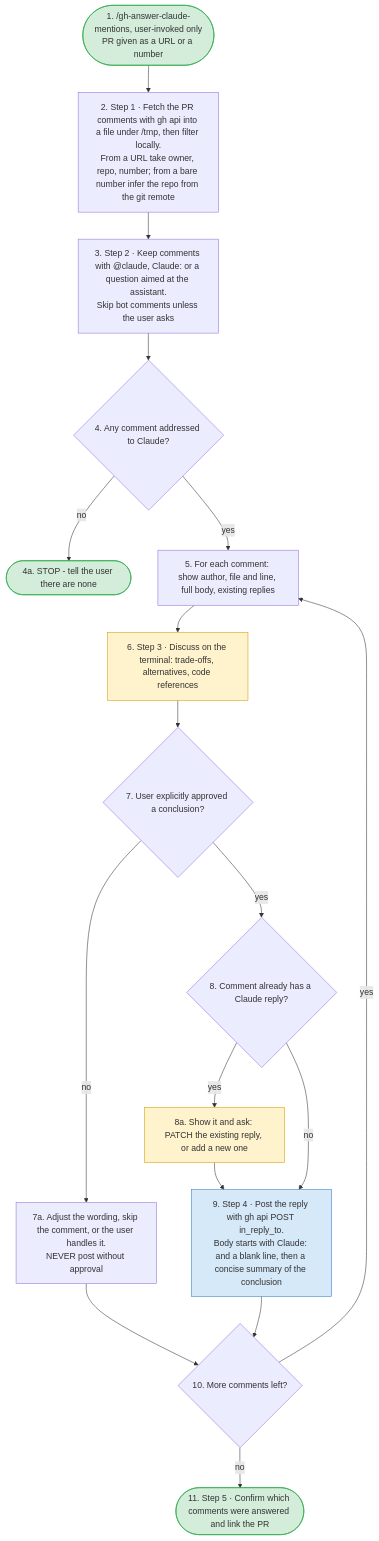
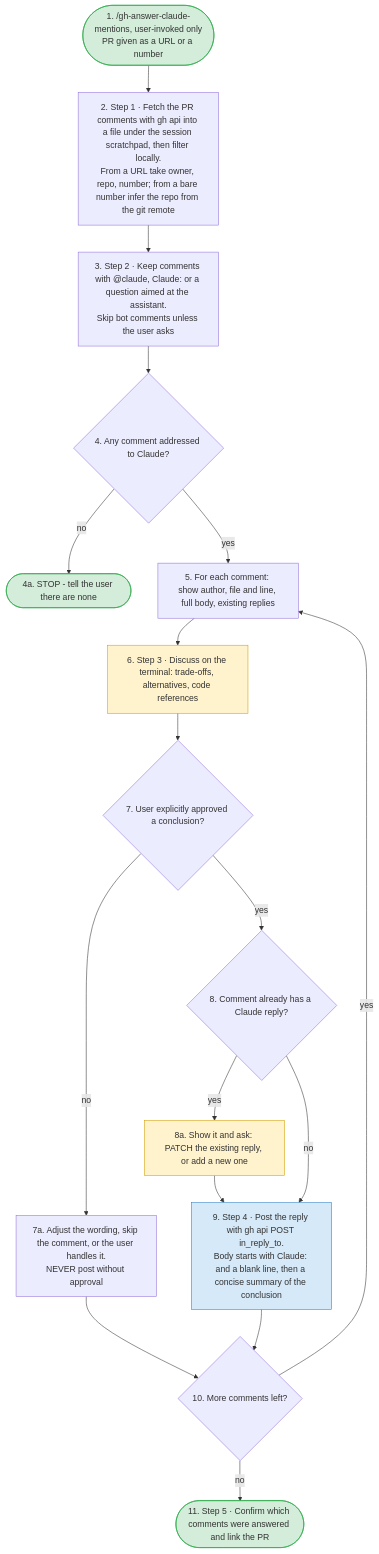
Before and after one commit to brunogsa/unix-utils: the diagram in configs/ai-docs/claude/skills/gh-answer-claude-mentions/assets/flowchart.md, drawn with Mermaid. The commit also changed 5 other files, not shown here.

````diff
--- a/configs/ai-docs/claude/skills/gh-answer-claude-mentions/assets/flowchart.md
+++ b/configs/ai-docs/claude/skills/gh-answer-claude-mentions/assets/flowchart.md
@@ -5,33 +5,33 @@
 ```mermaid
 flowchart TD
   n1(["1. /gh-answer-claude-mentions, user-invoked only<br/>PR given as a URL or a number"]):::start
-  n2["2. Step 1 · Fetch the PR comments with gh api into a file under /tmp, then filter locally.<br/>From a URL take owner, repo, number; from a bare number infer the repo from the git remote"]
+  n2["2. Step 1 · Fetch the PR comments with gh api into a file under the session scratchpad, then filter locally.<br/>From a URL take owner, repo, number; from a bare number infer the repo from the git remote"]
   n3["3. Step 2 · Keep comments with @claude, Claude: or a question aimed at the assistant.<br/>Skip bot comments unless the user asks"]
   n4{"4. Any comment addressed to Claude?"}
   n4a(["4a. STOP - tell the user there are none"]):::done
   n5["5. For each comment: show author, file and line, full body, existing replies"]
   n6["6. Step 3 · Discuss on the terminal: trade-offs, alternatives, code references"]:::gate
   n7{"7. User explicitly approved a conclusion?"}
   n7a["7a. Adjust the wording, skip the comment, or the user handles it.<br/>NEVER post without approval"]
   n8{"8. Comment already has a Claude reply?"}
   n8a["8a. Show it and ask: PATCH the existing reply, or add a new one"]:::gate
   n9["9. Step 4 · Post the reply with gh api POST in_reply_to.<br/>Body starts with Claude: and a blank line, then a concise summary of the conclusion"]:::dispatch
   n10{"10. More comments left?"}
   n11(["11. Step 5 · Confirm which comments were answered and link the PR"]):::done
 
   n1 --> n2 --> n3 --> n4
   n4 -->|"no"| n4a
   n4 -->|"yes"| n5 --> n6 --> n7
   n7 -->|"no"| n7a --> n10
   n7 -->|"yes"| n8
   n8 -->|"yes"| n8a --> n9
   n8 -->|"no"| n9
   n9 --> n10
   n10 -->|"yes"| n5
   n10 -->|"no"| n11
 
   classDef start fill:#d4edda,stroke:#28a745
   classDef gate fill:#fff3cd,stroke:#d39e00
   classDef dispatch fill:#d6e9f8,stroke:#2f7fc1
   classDef done fill:#d4edda,stroke:#28a745
 ```
````
